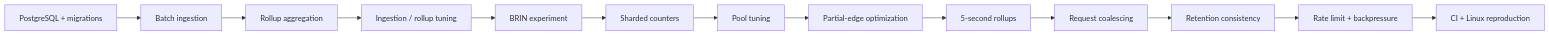
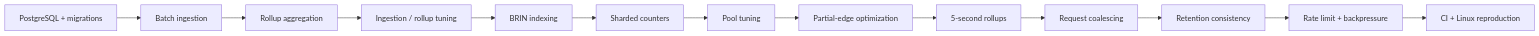
One commit to maiaburaad/fastify-log-api changed the sixth of 9 diagrams in README.md. Above: the diagram before and after it, drawn with Mermaid. The commit also changed other lines of this file, not shown here.

````diff
--- a/README.md
+++ b/README.md
@@ -357,15 +363,15 @@
 ```mermaid
 flowchart LR
     A["PostgreSQL + migrations"] --> B["Batch ingestion"]
     B --> C["Rollup aggregation"]
     C --> D["Ingestion / rollup tuning"]
-    D --> E["BRIN experiment"]
+    D --> E["BRIN indexing"]
     E --> F["Sharded counters"]
     F --> G["Pool tuning"]
     G --> H["Partial-edge optimization"]
     H --> I["5-second rollups"]
     I --> J["Request coalescing"]
     J --> K["Retention consistency"]
     K --> L["Rate limit + backpressure"]
     L --> M["CI + Linux reproduction"]
 ```
````
